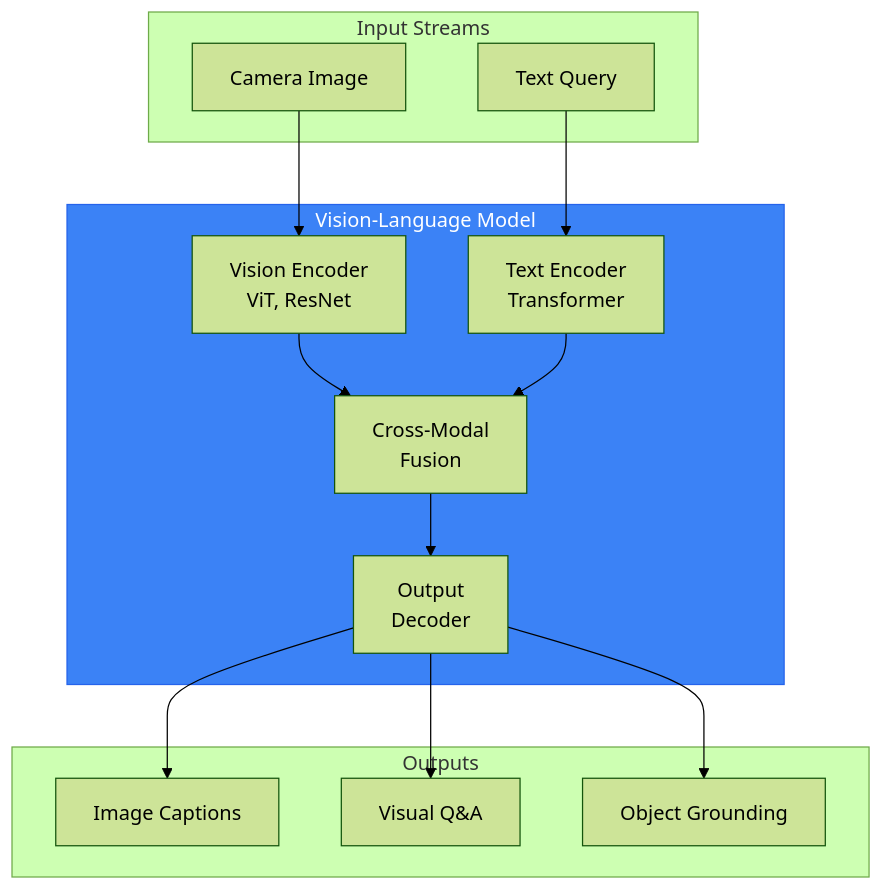
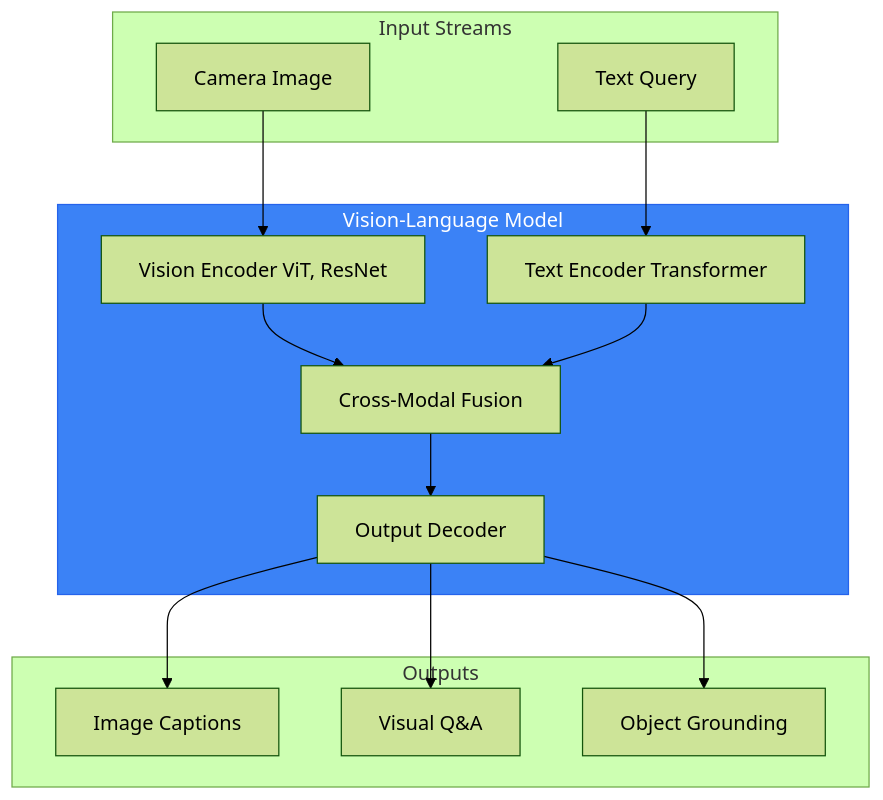
One commit to shakir-hussain1/physical-AI-and-humanoid-robotics-textbook-by-shakir-hussain changed the second of 6 diagrams in docs/modules/module-4-vla/chapter-13-vla-intro.md. Above: the diagram before and after it, drawn with Mermaid (forest theme). The commit also changed other lines of this file and 17 other files, not shown here.

Commit message:
fix: Remove br tags from Mermaid diagrams causing parse errors

````diff
--- a/docs/modules/module-4-vla/chapter-13-vla-intro.md
+++ b/docs/modules/module-4-vla/chapter-13-vla-intro.md
@@ -101,31 +101,31 @@
 ```mermaid
 flowchart TD
     subgraph Input["Input Streams"]
         IMG[Camera Image]
         TXT[Text Query]
     end
 
     subgraph VLM["Vision-Language Model"]
-        VE[Vision Encoder<br/>ViT, ResNet]
-        TE[Text Encoder<br/>Transformer]
-        FUSION[Cross-Modal<br/>Fusion]
-        DECODER[Output<br/>Decoder]
+        VE[Vision Encoder ViT, ResNet]
+        TE[Text Encoder Transformer]
+        FUSION[Cross-Modal Fusion]
+        DECODER[Output Decoder]
     end
 
     subgraph Output["Outputs"]
         CAP[Image Captions]
         VQA[Visual Q&A]
         GROUND[Object Grounding]
     end
 
     IMG --> VE
     TXT --> TE
     VE --> FUSION
     TE --> FUSION
     FUSION --> DECODER
     DECODER --> CAP
     DECODER --> VQA
     DECODER --> GROUND
 
     style VLM fill:#3b82f6,stroke:#2563eb,color:#fff
 ```
````
